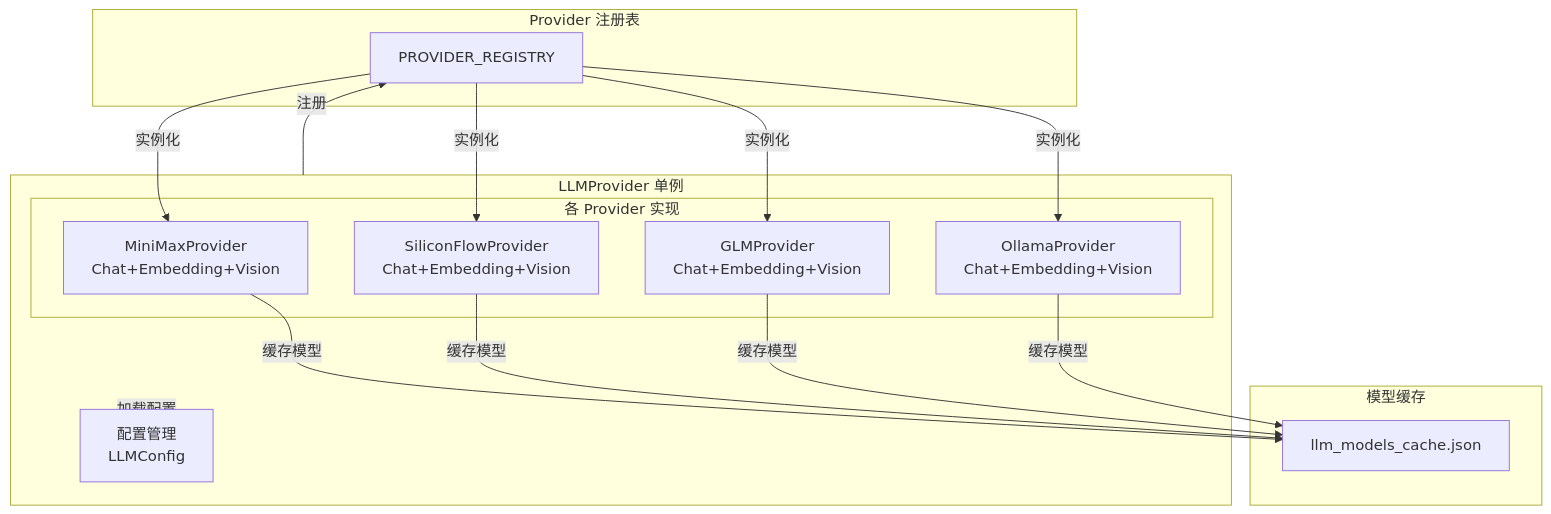
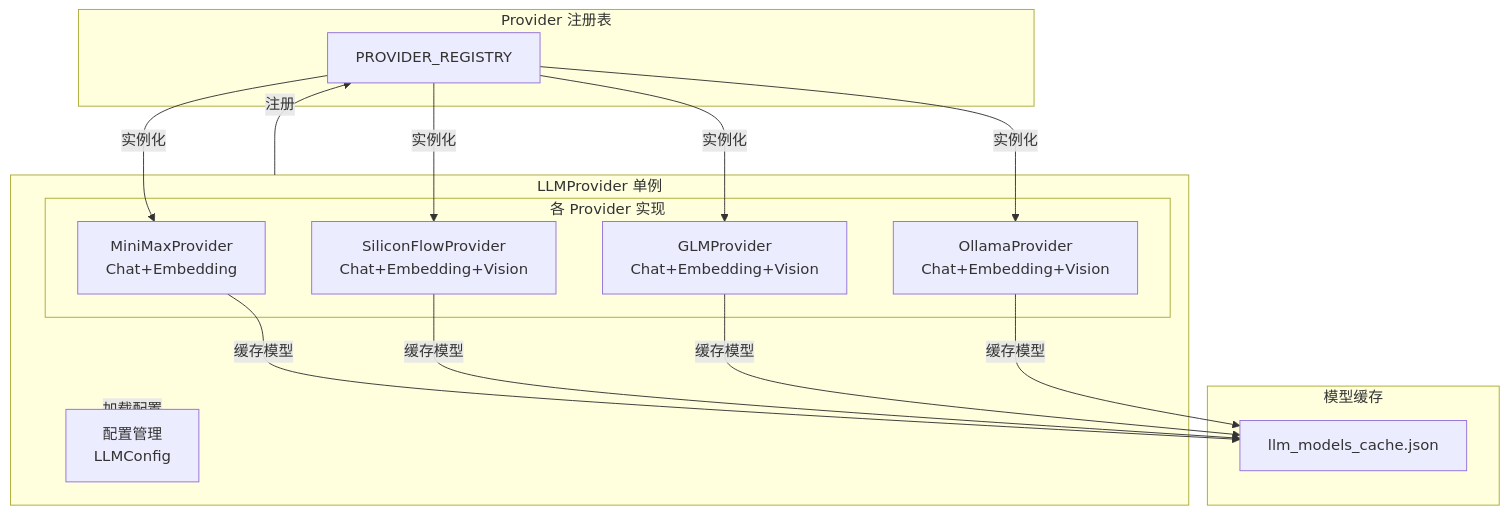
One commit to KKPIP-Tech/InstructionX changed the first of 2 diagrams in docs/core/llm-provider/overview.md. Above: the diagram before and after it, drawn with Mermaid. The commit also changed other lines of this file and 9 other files, not shown here.

````diff
--- a/docs/core/llm-provider/overview.md
+++ b/docs/core/llm-provider/overview.md
@@ -40,34 +40,34 @@
 ```mermaid
 graph TB
     subgraph LLM["LLMProvider 单例"]
         Config["配置管理<br/>LLMConfig"]
         Providers["Provider 字典<br/>_providers"]
     end
 
     subgraph Registry["Provider 注册表"]
         Register["PROVIDER_REGISTRY"]
     end
 
     subgraph Providers["各 Provider 实现"]
-        MiniMax["MiniMaxProvider<br/>Chat+Embedding+Vision"]
+        MiniMax["MiniMaxProvider<br/>Chat+Embedding"]
         SiliconFlow["SiliconFlowProvider<br/>Chat+Embedding+Vision"]
         GLM["GLMProvider<br/>Chat+Embedding+Vision"]
         Ollama["OllamaProvider<br/>Chat+Embedding+Vision"]
     end
 
     subgraph Cache["模型缓存"]
         ModelsCache["llm_models_cache.json"]
     end
 
     LLM -->|加载配置| Config
     LLM -->|注册| Register
     Register -->|实例化| MiniMax
     Register -->|实例化| SiliconFlow
     Register -->|实例化| GLM
     Register -->|实例化| Ollama
 
     MiniMax -->|缓存模型| ModelsCache
     SiliconFlow -->|缓存模型| ModelsCache
     GLM -->|缓存模型| ModelsCache
     Ollama -->|缓存模型| ModelsCache
 ```
````
